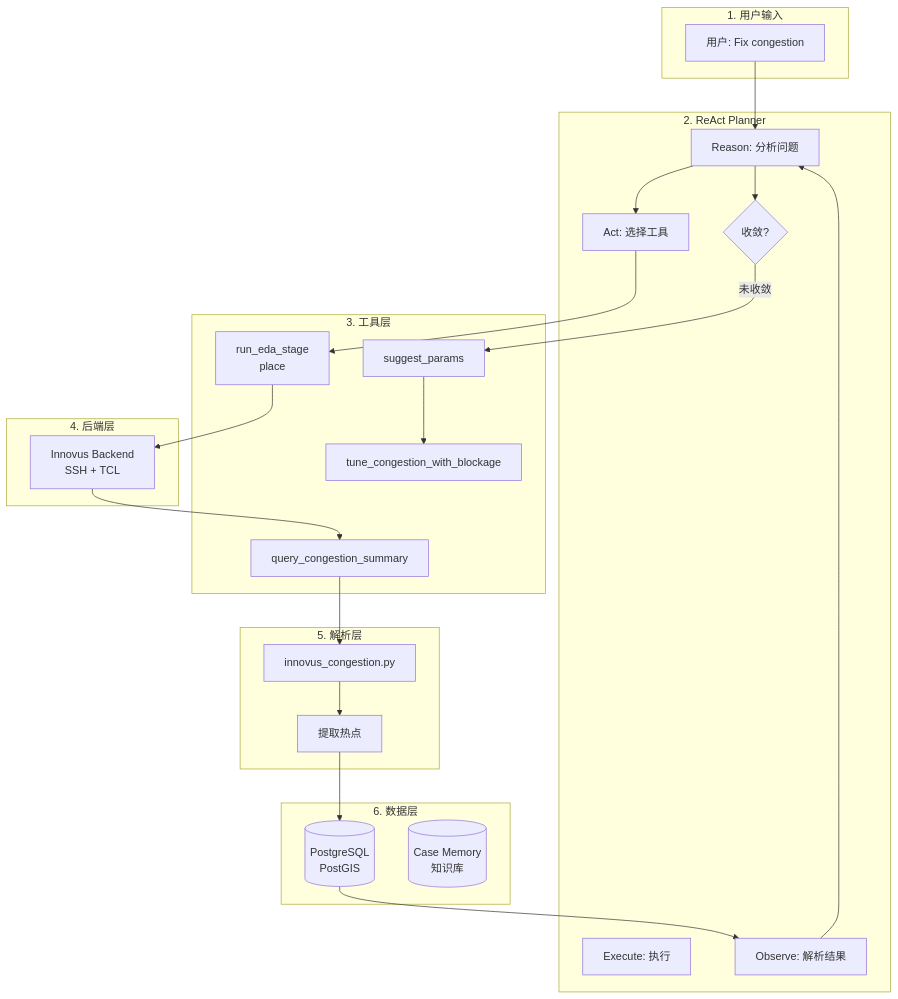
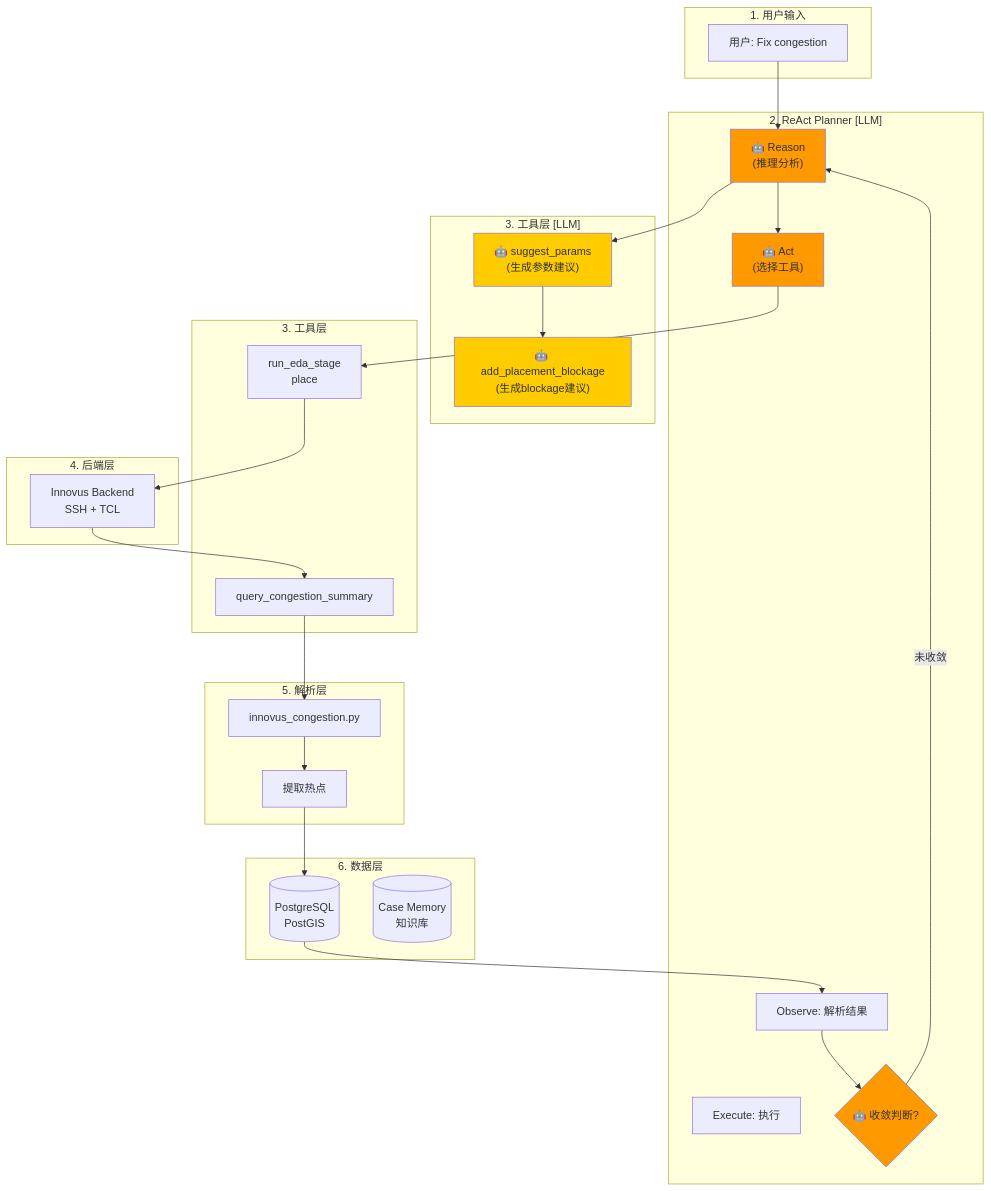
Before and after one commit to zyzzyva8421/eda_agent: the fifth of 5 diagrams in eda_agent_comparison.md, drawn with Mermaid. The commit also changed other lines of this file, not shown here.

Commit message:
Add LLM workflow details

````diff
--- a/eda_agent_comparison.md
+++ b/eda_agent_comparison.md
@@ -357,49 +357,58 @@
 ```mermaid
 flowchart TD
     subgraph "1. 用户输入"
         U[用户: Fix congestion]
     end
     
-    subgraph "2. ReAct Planner"
-        P1[Reason: 分析问题]
-        P2[Act: 选择工具]
+    subgraph "2. ReAct Planner [LLM]"
+        P1["🤖 Reason<br/>(推理分析)"]
+        P2["🤖 Act<br/>(选择工具)"]
         P3[Execute: 执行]
         P4[Observe: 解析结果]
-        P5{收敛?}
+        P5{"🤖 收敛判断?"}
+    end
+    
+    subgraph "3. 工具层 [LLM]"
+        T1["🤖 suggest_params<br/>(生成参数建议)"]
+        T2["🤖 add_placement_blockage<br/>(生成blockage建议)"]
     end
     
     subgraph "3. 工具层"
-        T1[run_eda_stage<br/>place]
-        T2[query_congestion_summary]
-        T3[suggest_params]
-        T4[tune_congestion_with_blockage]
+        T3[run_eda_stage<br/>place]
+        T4[query_congestion_summary]
     end
     
     subgraph "4. 后端层"
         B[Innovus Backend<br/>SSH + TCL]
     end
     
     subgraph "5. 解析层"
         PS[innovus_congestion.py]
         HS[提取热点]
     end
     
     subgraph "6. 数据层"
         DB[(PostgreSQL<br/>PostGIS)]
         KB[(Case Memory<br/>知识库)]
     end
     
     U --> P1
     P1 --> P2
-    P2 --> T1
-    T1 --> B
-    B --> T2
-    T2 --> PS
+    P2 --> T3
+    T3 --> B
+    B --> T4
+    T4 --> PS
     PS --> HS
     HS --> DB
     DB --> P4
-    P4 --> P1
-    P1 --> P5
-    P5 -->|未收敛| T3
-    T3 --> T4
+    P4 --> P5
+    P5 -->|未收敛| P1
+    P1 --> T1
+    T1 --> T2
+    
+    style P1 fill:#ff9900
+    style P2 fill:#ff9900
+    style P5 fill:#ff9900
+    style T1 fill:#ffcc00
+    style T2 fill:#ffcc00
 ```
````
